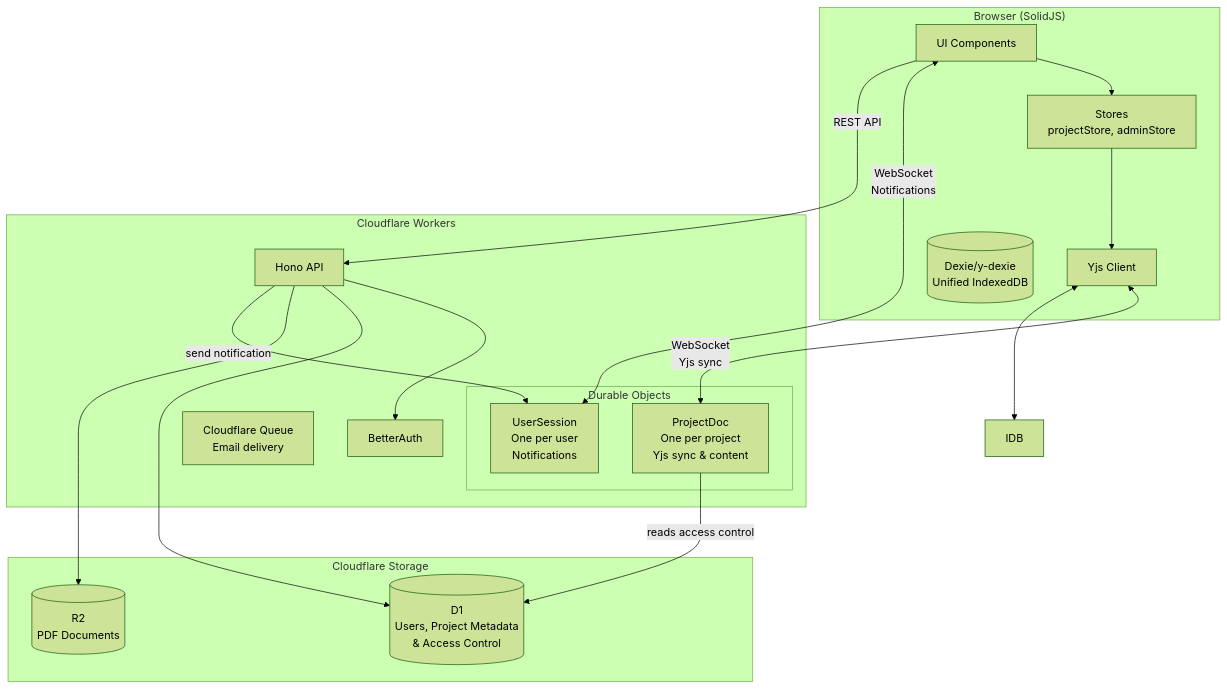
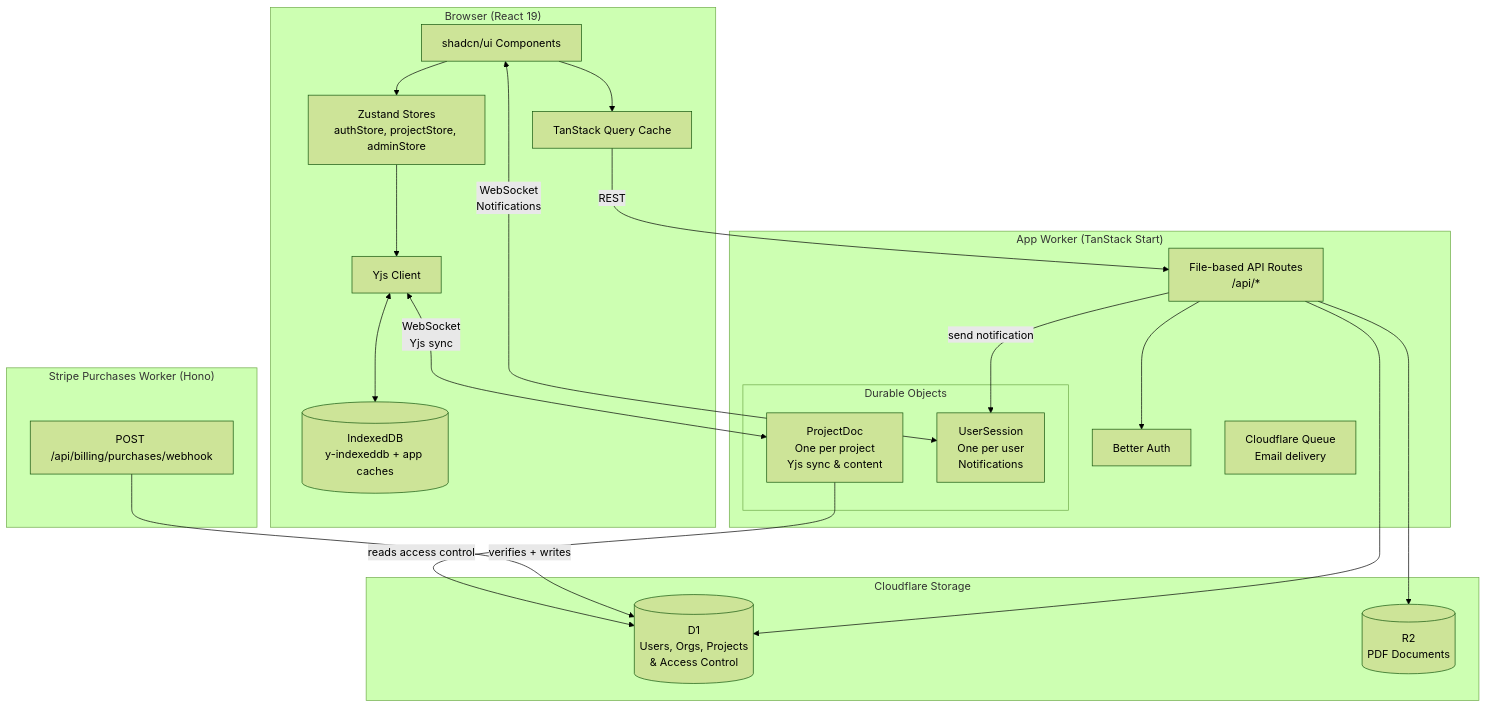
One commit to InfinityBowman/corates changed the diagram in packages/docs/architecture/diagrams/02-system-architecture.md. Above: the diagram before and after it, drawn with Mermaid (forest theme). The commit also changed other lines of this file and 11 other files, not shown here.

````diff
--- a/packages/docs/architecture/diagrams/02-system-architecture.md
+++ b/packages/docs/architecture/diagrams/02-system-architecture.md
@@ -5,37 +5,44 @@
 ```mermaid
 flowchart TB
-    subgraph Client["Browser (SolidJS)"]
-        UI[UI Components]
-        Stores[Stores<br/>projectStore, adminStore]
+    subgraph Client["Browser (React 19)"]
+        UI[shadcn/ui Components]
+        Stores[Zustand Stores<br/>authStore, projectStore, adminStore]
+        Query[TanStack Query Cache]
         YjsClient[Yjs Client]
-        Dexie[(Dexie/y-dexie<br/>Unified IndexedDB)]
+        IDB[(IndexedDB<br/>y-indexeddb + app caches)]
     end
 
-    subgraph CF["Cloudflare Workers"]
-        Hono[Hono API]
-        Auth[BetterAuth]
+    subgraph MainWorker["App Worker (TanStack Start)"]
+        Routes[File-based API Routes<br/>/api/*]
+        Auth[Better Auth]
 
         subgraph DurableObjects["Durable Objects"]
             ProjectDoc[ProjectDoc<br/>One per project<br/>Yjs sync & content]
             UserSession[UserSession<br/>One per user<br/>Notifications]
         end
         EmailQueue[Cloudflare Queue<br/>Email delivery]
     end
 
+    subgraph StripeWorker["Stripe Purchases Worker (Hono)"]
+        StripeWebhook[POST /api/billing/purchases/webhook]
+    end
+
     subgraph Storage["Cloudflare Storage"]
-        D1[(D1<br/>Users, Project Metadata<br/>& Access Control)]
+        D1[(D1<br/>Users, Orgs, Projects<br/>& Access Control)]
         R2[(R2<br/>PDF Documents)]
     end
 
     UI --> Stores
+    UI --> Query
     Stores --> YjsClient
     YjsClient <-->|"WebSocket<br/>Yjs sync"| ProjectDoc
     YjsClient <--> IDB
     UI <-->|"WebSocket<br/>Notifications"| UserSession
-    UI -->|"REST API"| Hono
-    Hono --> Auth
-    Hono --> D1
-    Hono --> R2
-    Hono -->|"send notification"| UserSession
+    Query -->|"REST"| Routes
+    Routes --> Auth
+    Routes --> D1
+    Routes --> R2
+    Routes -->|"send notification"| UserSession
+    StripeWebhook -->|"verifies + writes"| D1
     ProjectDoc -->|"reads access control"| D1
 ```
````
